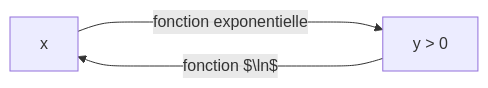
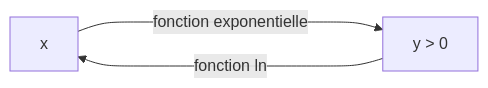
One commit to Matteovanypersele/copy-mcoilhacsio-1-maths-approfondies changed the first of 2 diagrams in docs/logarithme/ln_cours.md. Above: the diagram before and after it, drawn with Mermaid. The commit also changed other lines of this file, not shown here.

````diff
--- a/docs/logarithme/ln_cours.md
+++ b/docs/logarithme/ln_cours.md
@@ -89,5 +89,5 @@
     ```mermaid
         graph LR
             A[x] ----> |fonction exponentielle| B[y > 0];
-            B ---->|fonction $\ln$| A;
+            B ---->|fonction ln| A;
     ```
````
